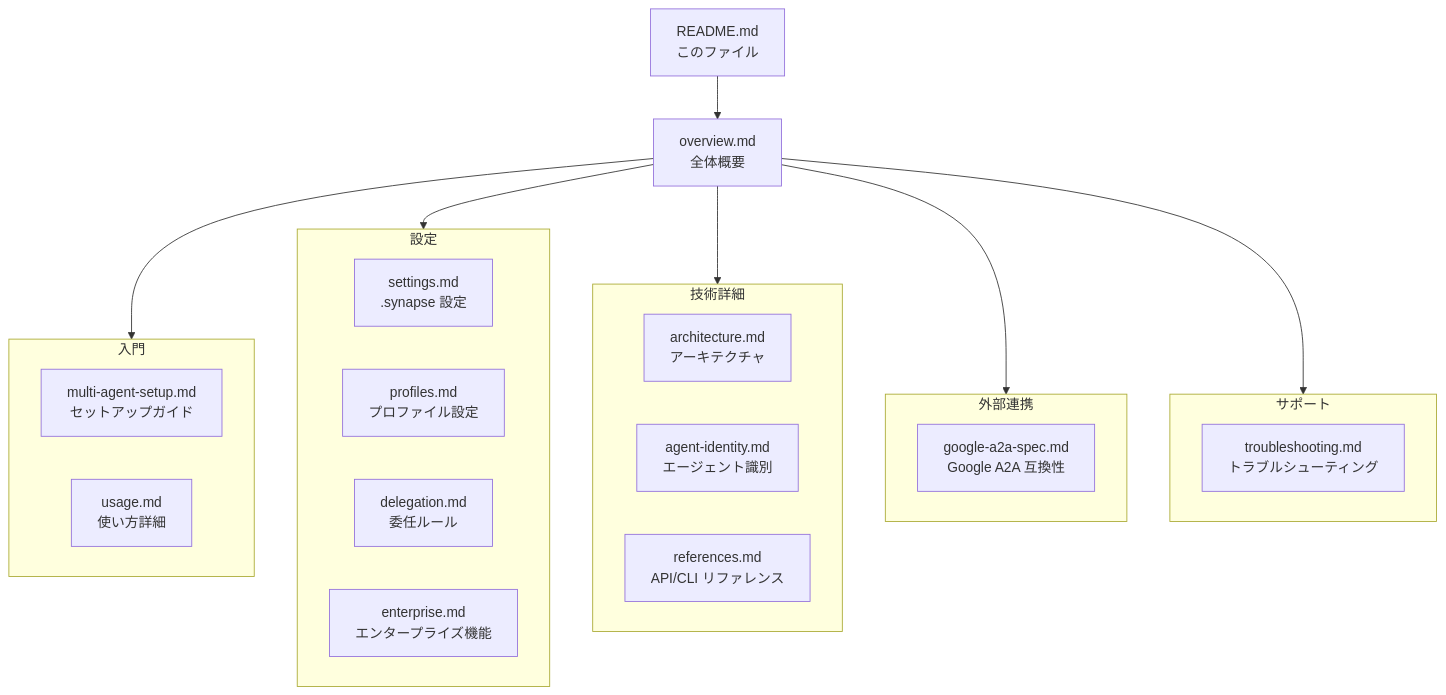
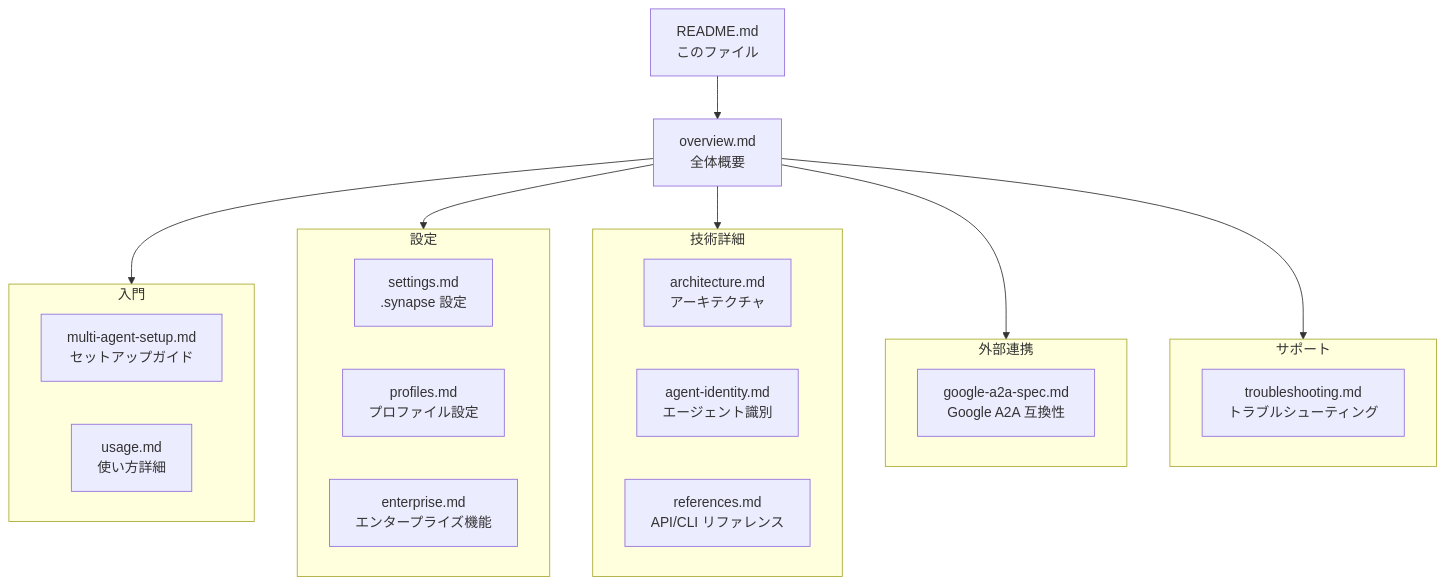
The diagram in guides/README.md (s-hiraoku/synapse-a2a), drawn with Mermaid before and after one commit. The commit also changed other lines of this file and 69 other files, not shown here.

````diff
--- a/guides/README.md
+++ b/guides/README.md
@@ -26,38 +26,37 @@
 ```mermaid
 flowchart TD
     README["README.md<br/>このファイル"]
     Overview["overview.md<br/>全体概要"]
 
     subgraph Getting_Started["入門"]
         Setup["multi-agent-setup.md<br/>セットアップガイド"]
         Usage["usage.md<br/>使い方詳細"]
     end
 
     subgraph Configuration["設定"]
         Settings["settings.md<br/>.synapse 設定"]
         Profiles["profiles.md<br/>プロファイル設定"]
-        Delegation["delegation.md<br/>委任ルール"]
         Enterprise["enterprise.md<br/>エンタープライズ機能"]
     end
 
     subgraph Technical["技術詳細"]
         Arch["architecture.md<br/>アーキテクチャ"]
         Identity["agent-identity.md<br/>エージェント識別"]
         Refs["references.md<br/>API/CLI リファレンス"]
     end
 
     subgraph External["外部連携"]
         Google["google-a2a-spec.md<br/>Google A2A 互換性"]
     end
 
     subgraph Support["サポート"]
         Trouble["troubleshooting.md<br/>トラブルシューティング"]
     end
 
     README --> Overview
     Overview --> Getting_Started
     Overview --> Configuration
     Overview --> Technical
     Overview --> External
     Overview --> Support
 ```
````
